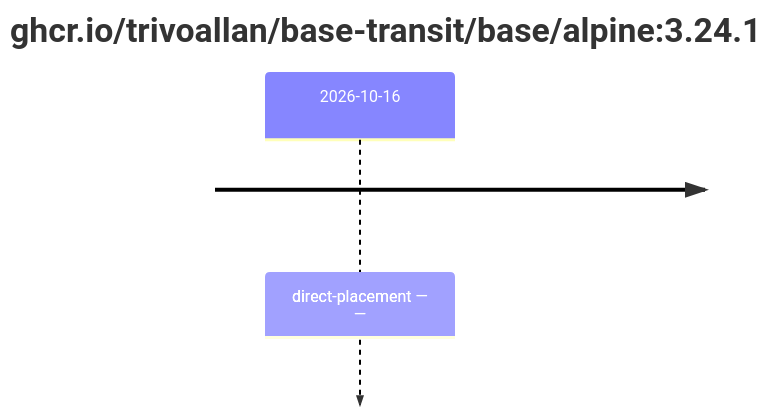
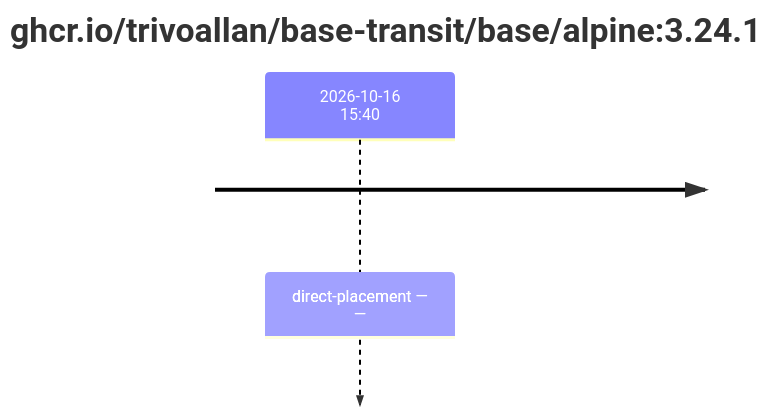
One commit to trivoallan/base-images changed the second of 2 diagrams in results/reports/base-alpine-3/sha256:17dbbbe887650be0fc7bee5a9224725369e2ae61ec6129ede49b80c2da7426f2.md. Above: the diagram before and after it, drawn with Mermaid. The commit also changed other lines of this file and 5 other files, not shown here.

````diff
--- a/results/reports/base-alpine-3/sha256:17dbbbe887650be0fc7bee5a9224725369e2ae61ec6129ede49b80c2da7426f2.md
+++ b/results/reports/base-alpine-3/sha256:17dbbbe887650be0fc7bee5a9224725369e2ae61ec6129ede49b80c2da7426f2.md
@@ -19,5 +19,5 @@
 ```mermaid
 timeline
     title ghcr.io/trivoallan/base-transit/base/alpine#58;3.24.1
-    2026-10-16 : direct-placement — —
+    2026-10-16 15#58;40 : direct-placement — —
 ```
````
